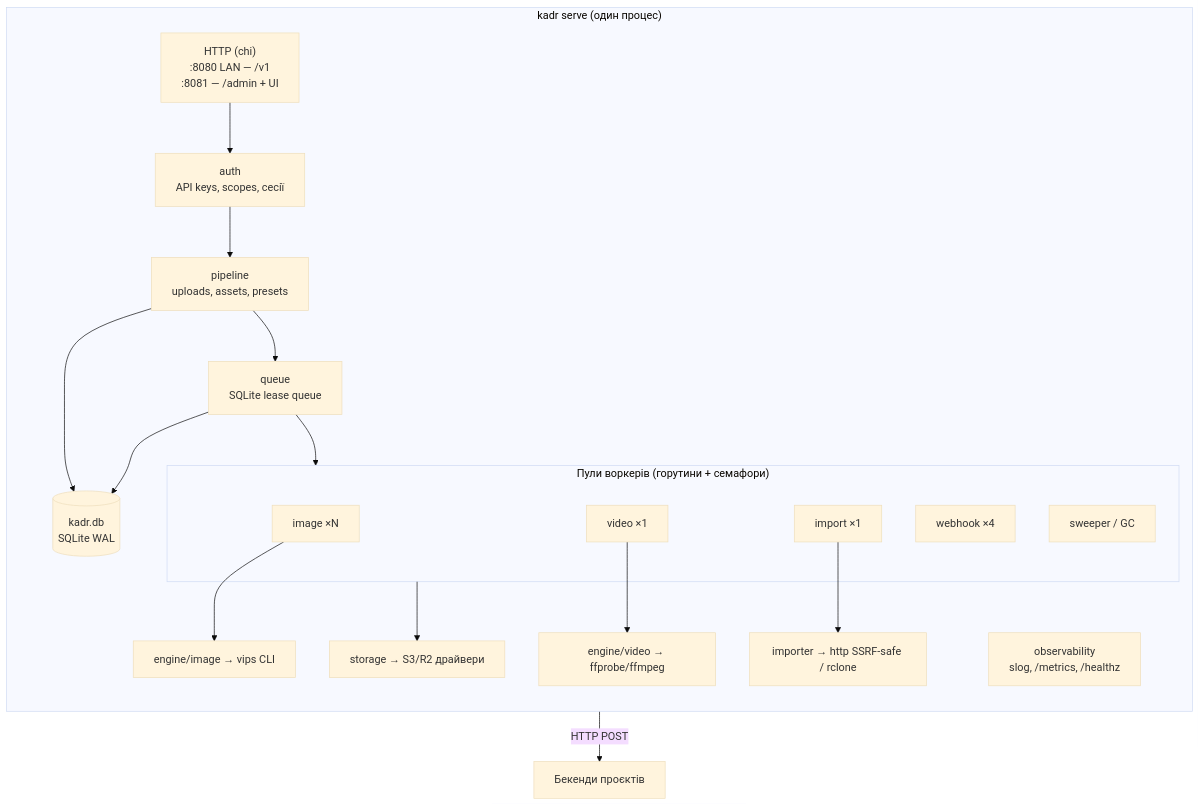
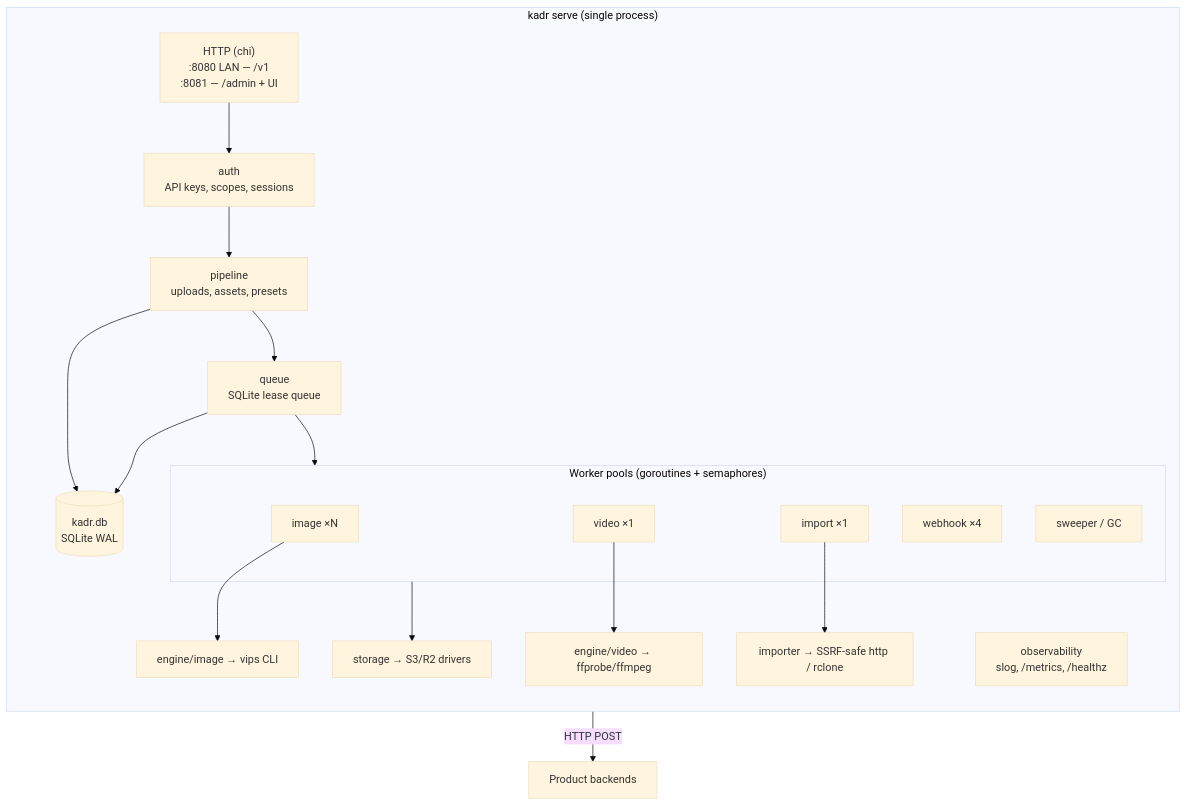
Before and after one commit to UdjinStolboviy/kadr-madia: the second of 5 diagrams in docs/ARCHITECTURE.md, drawn with Mermaid (base theme). The commit also changed other lines of this file and 26 other files, not shown here.

Commit message:
docs: translate to English, make product-agnostic, add admin API contract

````diff
--- a/docs/ARCHITECTURE.md
+++ b/docs/ARCHITECTURE.md
@@ -53,32 +53,32 @@
 ```mermaid
 flowchart TB
-  subgraph kadr["kadr serve (один процес)"]
+  subgraph kadr["kadr serve (single process)"]
     direction TB
     HTTP["HTTP (chi)<br/>:8080 LAN — /v1<br/>:8081 — /admin + UI"]
-    AUTH[auth<br/>API keys, scopes, сесії]
+    AUTH[auth<br/>API keys, scopes, sessions]
     SVC[pipeline<br/>uploads, assets, presets]
     Q[queue<br/>SQLite lease queue]
-    subgraph Pools["Пули воркерів (горутини + семафори)"]
+    subgraph Pools["Worker pools (goroutines + semaphores)"]
       IMG[image ×N]
       VID[video ×1]
       IMP[import ×1]
       WH[webhook ×4]
       SWP[sweeper / GC]
     end
     ENG_I[engine/image → vips CLI]
     ENG_V[engine/video → ffprobe/ffmpeg]
-    IMPT[importer → http SSRF-safe / rclone]
-    ST[storage → S3/R2 драйвери]
+    IMPT[importer → SSRF-safe http / rclone]
+    ST[storage → S3/R2 drivers]
     DB[(kadr.db<br/>SQLite WAL)]
     OBS[observability<br/>slog, /metrics, /healthz]
   end
   HTTP --> AUTH --> SVC
   SVC --> DB
   SVC --> Q --> DB
   Q --> Pools
   IMG --> ENG_I
   VID --> ENG_V
   IMP --> IMPT
   Pools --> ST
-  WH -->|HTTP POST| ext[Бекенди проєктів]
+  WH -->|HTTP POST| ext[Product backends]
 ```
````
